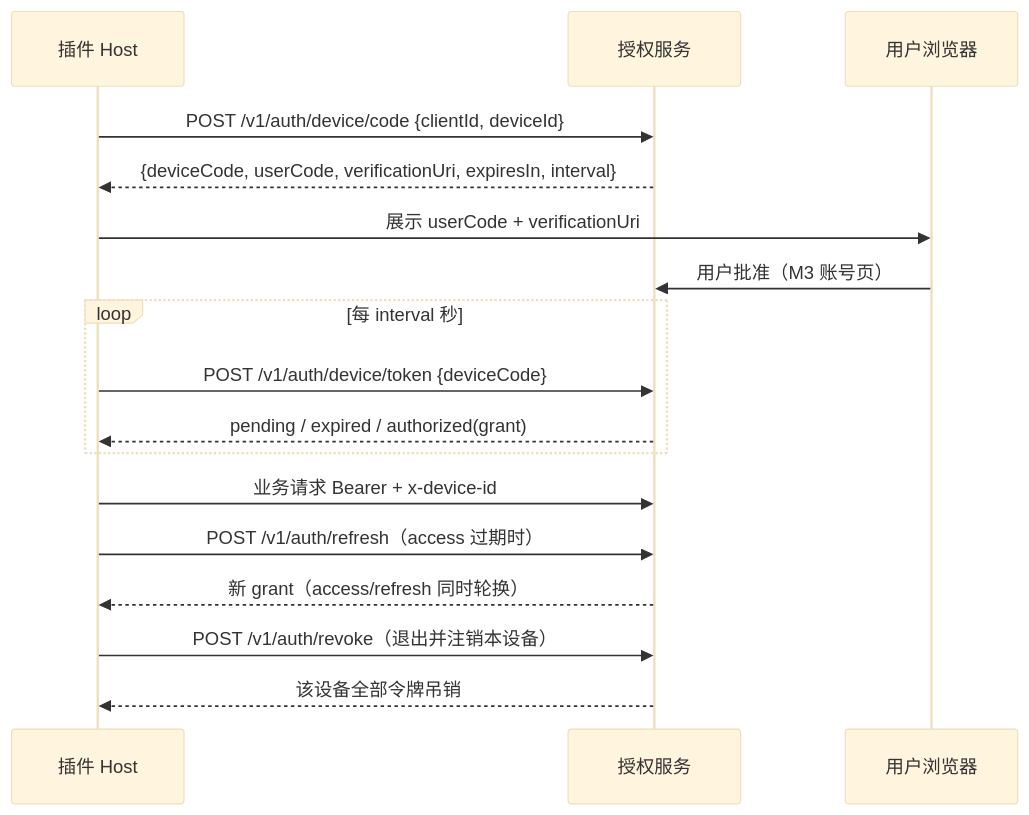
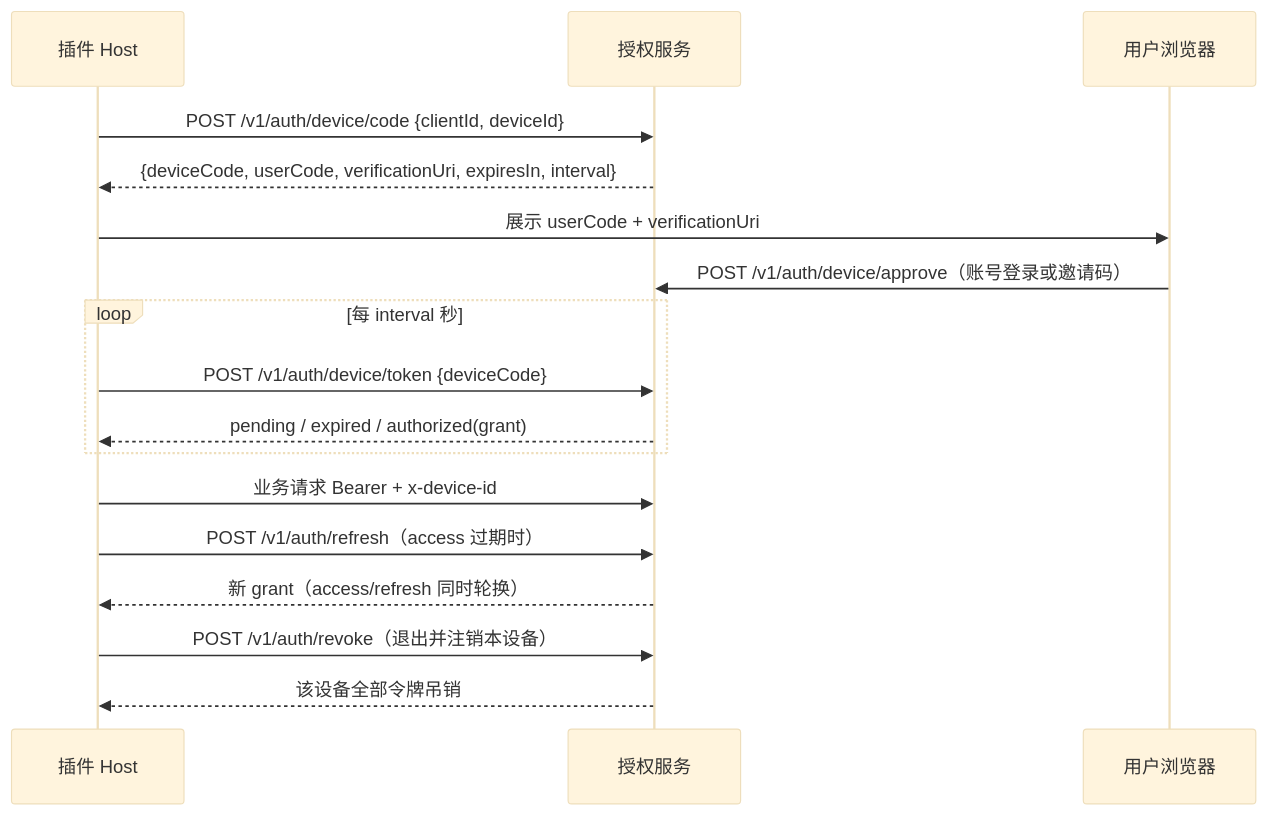
Before and after one commit to domonic18/trend-coach-cloud: the fourth of 4 diagrams in docs/architecture/architecture-design.md, drawn with Mermaid (base theme). The commit also changed other lines of this file and 8 other files, not shown here.

````diff
--- a/docs/architecture/architecture-design.md
+++ b/docs/architecture/architecture-design.md
@@ -201,19 +211,19 @@
 ```mermaid
 sequenceDiagram
   participant P as 插件 Host
   participant A as 授权服务
   participant B as 用户浏览器
   P->>A: POST /v1/auth/device/code {clientId, deviceId}
   A-->>P: {deviceCode, userCode, verificationUri, expiresIn, interval}
   P->>B: 展示 userCode + verificationUri
-  B->>A: 用户批准（M3 账号页）
+  B->>A: POST /v1/auth/device/approve（账号登录或邀请码）
   loop 每 interval 秒
     P->>A: POST /v1/auth/device/token {deviceCode}
     A-->>P: pending / expired / authorized(grant)
   end
   P->>A: 业务请求 Bearer + x-device-id
   P->>A: POST /v1/auth/refresh（access 过期时）
   A-->>P: 新 grant（access/refresh 同时轮换）
   P->>A: POST /v1/auth/revoke（退出并注销本设备）
   A-->>P: 该设备全部令牌吊销
 ```
````
